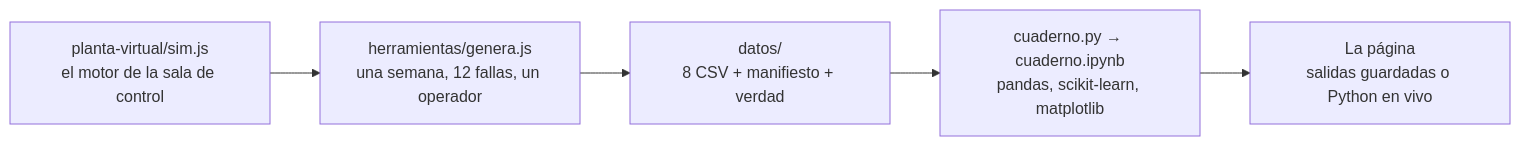
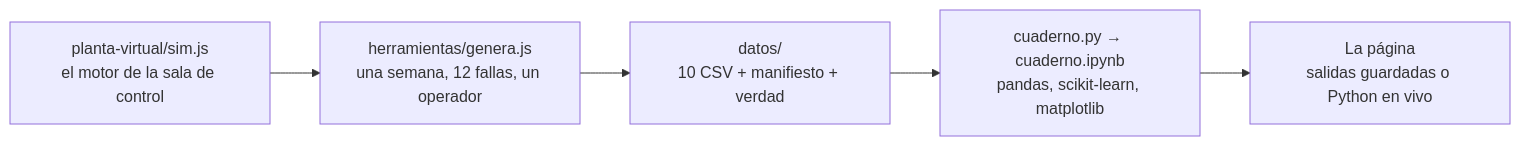
Before and after one commit to JSNN15/jsnn15.github.io: the diagram in cuaderno/README.md, drawn with Mermaid. The commit also changed other lines of this file and 3 other files, not shown here.

````diff
--- a/cuaderno/README.md
+++ b/cuaderno/README.md
@@ -21,7 +22,7 @@
 ```mermaid
 flowchart LR
     S["planta-virtual/sim.js<br/>el motor de la sala de control"] --> G["herramientas/genera.js<br/>una semana, 12 fallas, un operador"]
-    G --> D["datos/<br/>8 CSV + manifiesto + verdad"]
+    G --> D["datos/<br/>10 CSV + manifiesto + verdad"]
     D --> N["cuaderno.py → cuaderno.ipynb<br/>pandas, scikit-learn, matplotlib"]
     N --> P["La página<br/>salidas guardadas o Python en vivo"]
 ```
````
